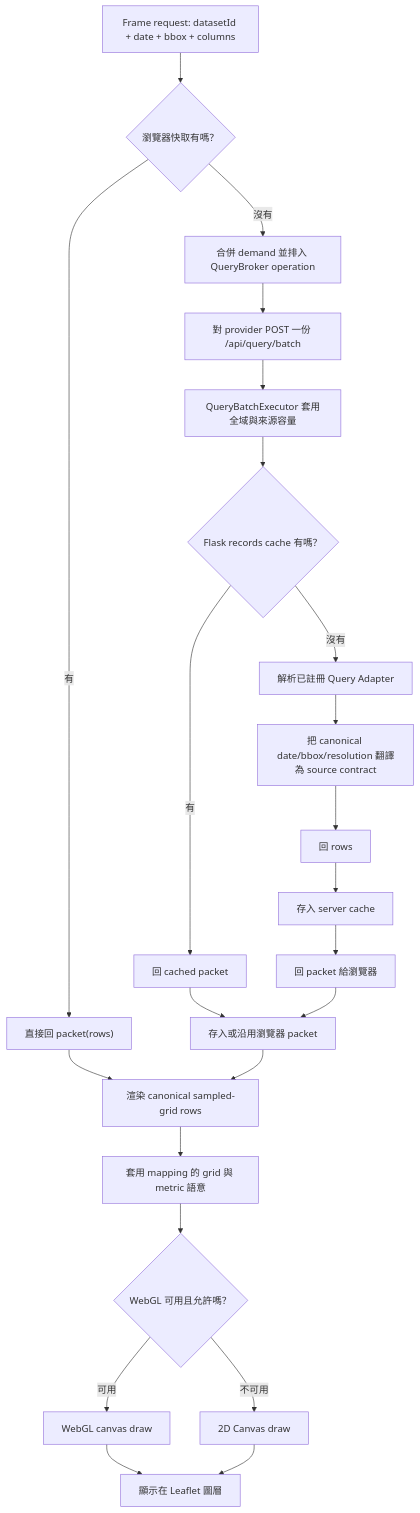
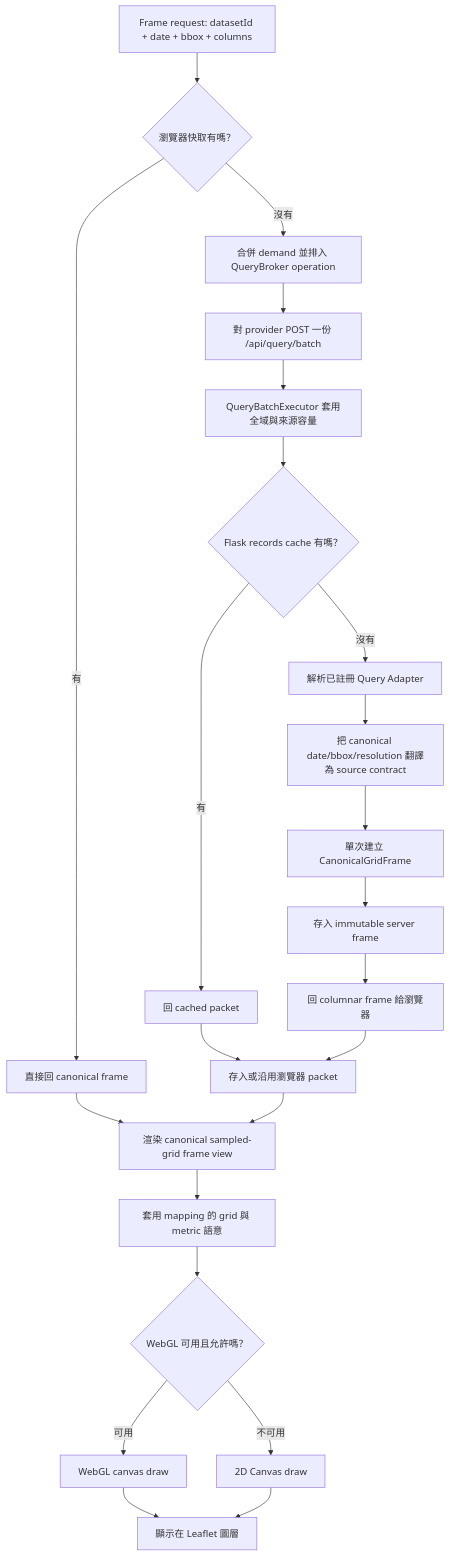
One commit to Kagamihara-Ruruka/gfw-flask-mysql-adapter changed the fourth of 5 diagrams in README.zh-TW.md. Above: the diagram before and after it, drawn with Mermaid. The commit also changed other lines of this file and 41 other files, not shown here.

Commit message:
Converge sampled-grid canonical frame pipeline

````diff
--- a/README.zh-TW.md
+++ b/README.zh-TW.md
@@ -366,29 +370,29 @@
 ```mermaid
 flowchart TD
   A["Frame request: datasetId + date + bbox + columns"] --> B{"瀏覽器快取有嗎？"}
-  B -->|有| C["直接回 packet(rows)"]
+  B -->|有| C["直接回 canonical frame"]
   B -->|沒有| D["合併 demand 並排入 QueryBroker operation"]
 
   D --> E["對 provider POST 一份 /api/query/batch"]
   E --> F0["QueryBatchExecutor 套用全域與來源容量"]
   F0 --> F1{"Flask records cache 有嗎？"}
   F1 -->|有| F["回 cached packet"]
   F1 -->|沒有| G["解析已註冊 Query Adapter"]
 
   G --> H["把 canonical date/bbox/resolution 翻譯為 source contract"]
-  H --> I["回 rows"]
-  I --> J["存入 server cache"]
-  J --> K["回 packet 給瀏覽器"]
+  H --> I["單次建立 CanonicalGridFrame"]
+  I --> J["存入 immutable server frame"]
+  J --> K["回 columnar frame 給瀏覽器"]
 
   F --> L["存入或沿用瀏覽器 packet"]
   K --> L
-  C --> M["渲染 canonical sampled-grid rows"]
+  C --> M["渲染 canonical sampled-grid frame view"]
   L --> M
 
   M --> N["套用 mapping 的 grid 與 metric 語意"]
   N --> O{"WebGL 可用且允許嗎？"}
   O -->|可用| P["WebGL canvas draw"]
   O -->|不可用| Q["2D Canvas draw"]
   P --> R["顯示在 Leaflet 圖層"]
   Q --> R
 ```
````
